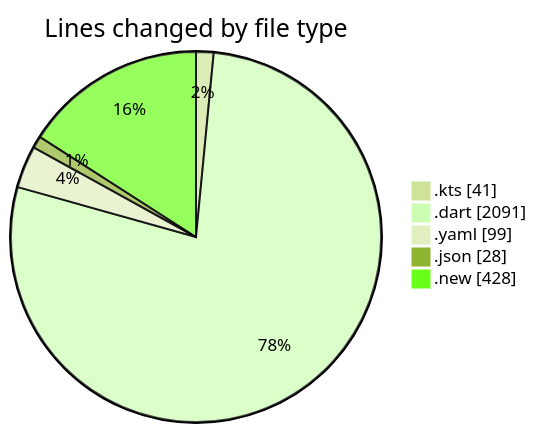
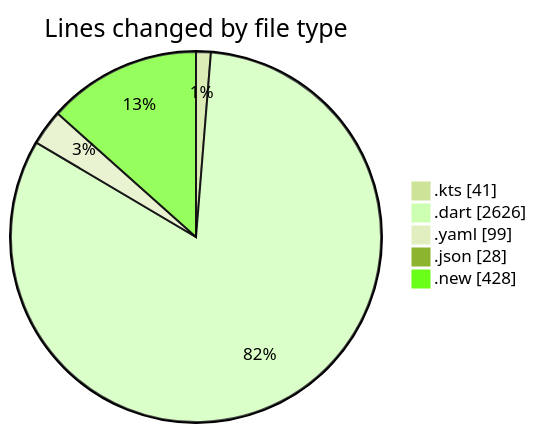
One commit to donsfak/code-tracking changed the first of 2 diagrams in 2025-10-20/weather_insights_app/README.md. Above: the diagram before and after it, drawn with Mermaid (forest theme). The commit also changed other lines of this file and 1 other file, not shown here.

````diff
--- a/2025-10-20/weather_insights_app/README.md
+++ b/2025-10-20/weather_insights_app/README.md
@@ -29,9 +29,9 @@
 ```mermaid
 pie showData
 title Lines changed by file type
 ".kts" : 41
-".dart" : 2091
+".dart" : 2626
 ".yaml" : 99
 ".json" : 28
 ".new" : 428
 ```
````
